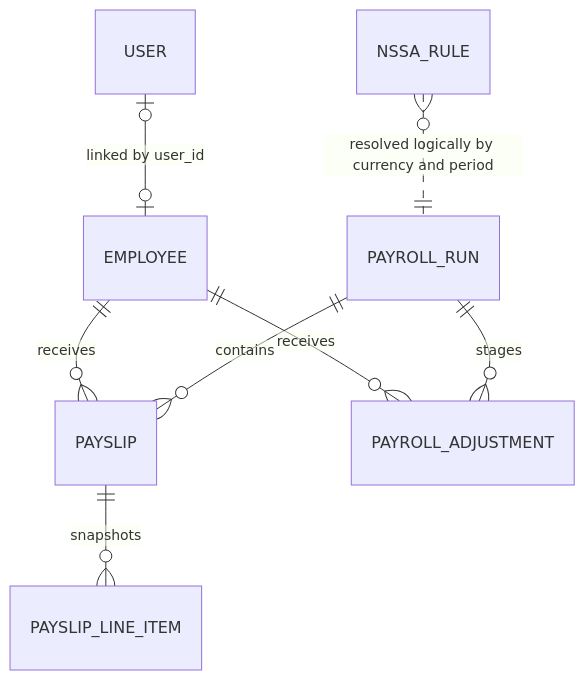
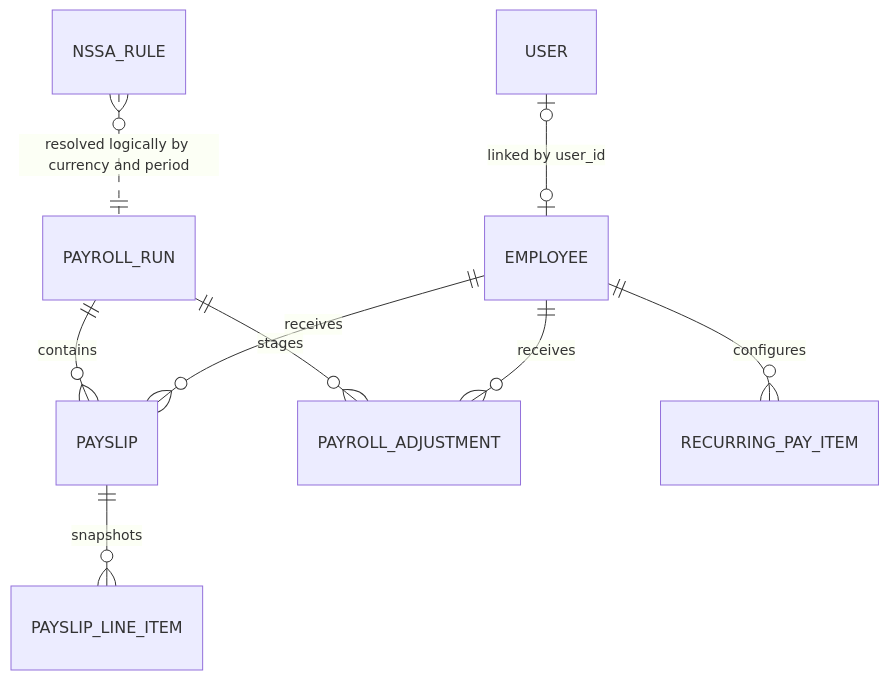
Before and after one commit to tinoMukaro/payroll_lite: the diagram in README.md, drawn with Mermaid. The commit also changed other lines of this file and 14 other files, not shown here.

````diff
--- a/README.md
+++ b/README.md
@@ -110,10 +111,11 @@
 ```mermaid
 erDiagram
     USER o|--o| EMPLOYEE : "linked by user_id"
     EMPLOYEE ||--o{ PAYSLIP : receives
     PAYROLL_RUN ||--o{ PAYSLIP : contains
     EMPLOYEE ||--o{ PAYROLL_ADJUSTMENT : receives
     PAYROLL_RUN ||--o{ PAYROLL_ADJUSTMENT : stages
+    EMPLOYEE ||--o{ RECURRING_PAY_ITEM : configures
     PAYSLIP ||--o{ PAYSLIP_LINE_ITEM : snapshots
     NSSA_RULE }o..|| PAYROLL_RUN : "resolved logically by currency and period"
 ```
````
